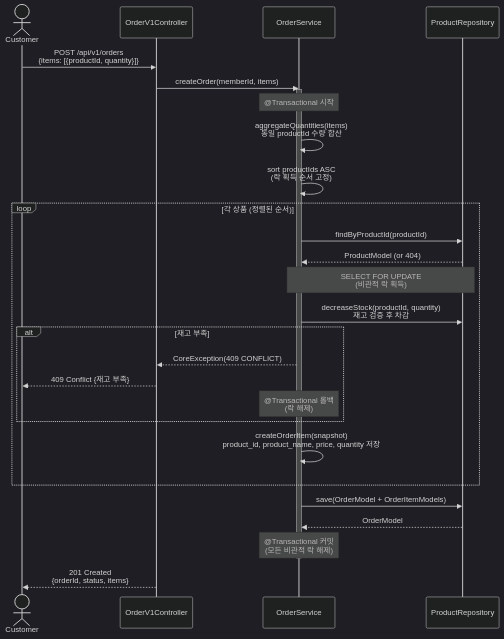
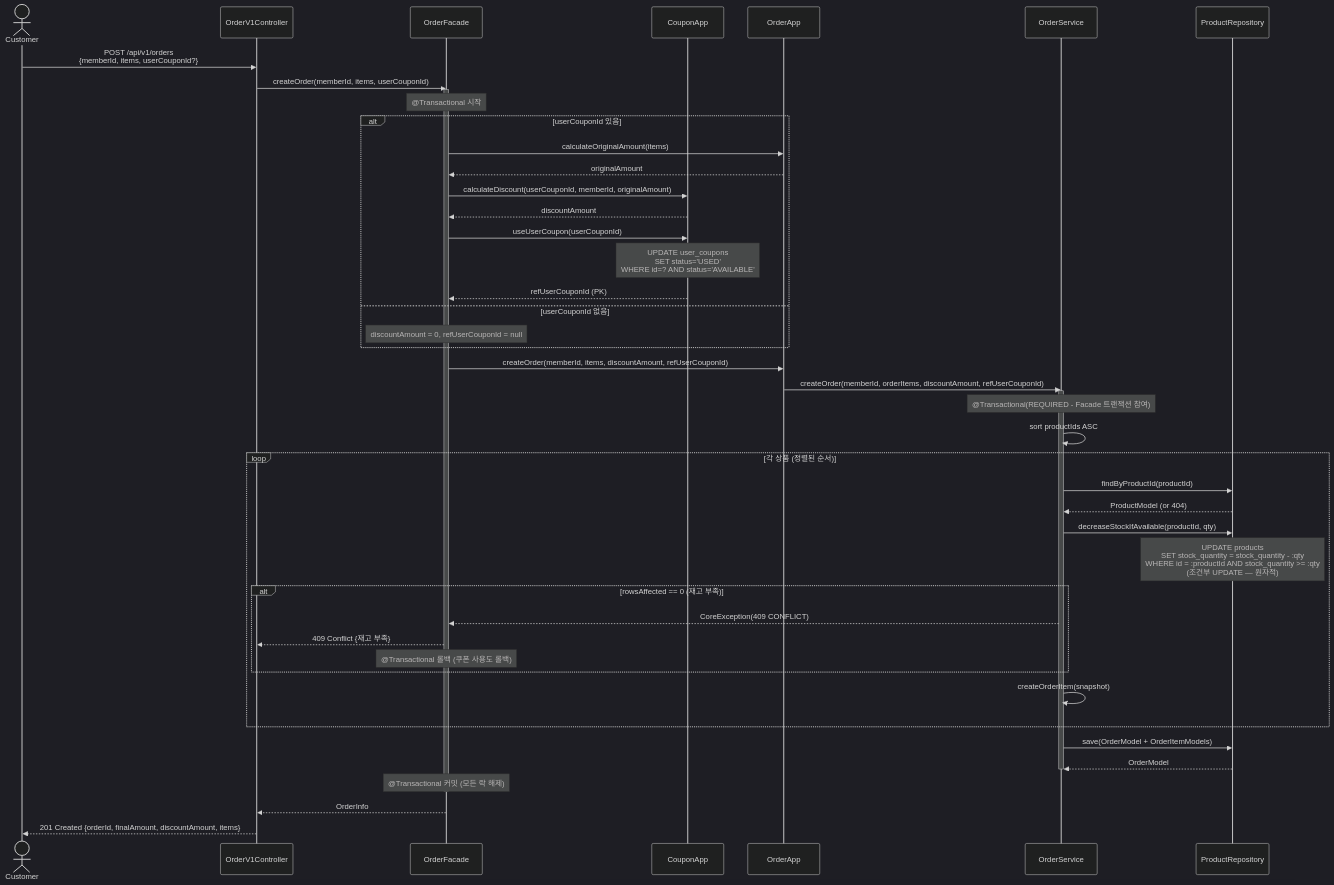
Before and after one commit to YoHanKi/loop-pack-be-l2-vol3-java: the first of 6 diagrams in docs/design/02-sequence-diagrams.md, drawn with Mermaid (dark theme). The commit also changed other lines of this file and 1 other file, not shown here.

First line of the commit message:
docs: 동시성 전략 반영한 시퀀스/클래스 다이어그램 업데이트

````diff
--- a/docs/design/02-sequence-diagrams.md
+++ b/docs/design/02-sequence-diagrams.md
@@ -32,45 +35,70 @@
 ```mermaid
 sequenceDiagram
     actor Customer
     participant Controller as OrderV1Controller
+    participant Facade as OrderFacade
+    participant CouponApp as CouponApp
+    participant OrderApp as OrderApp
     participant OrderService as OrderService
     participant ProductRepo as ProductRepository
 
-    Customer->>Controller: POST /api/v1/orders<br/>{items: [{productId, quantity}]}
-    Controller->>OrderService: createOrder(memberId, items)
+    Customer->>Controller: POST /api/v1/orders<br/>{memberId, items, userCouponId?}
+    Controller->>Facade: createOrder(memberId, items, userCouponId)
+
+    activate Facade
+    Note over Facade: @Transactional 시작
+
+    alt userCouponId 있음
+        %% 1. 원래 주문금액 계산 (재고 차감 전)
+        Facade->>OrderApp: calculateOriginalAmount(items)
+        OrderApp-->>Facade: originalAmount
+
+        %% 2. 할인 금액 계산 (소유권 + 상태 + 최소금액 검증)
+        Facade->>CouponApp: calculateDiscount(userCouponId, memberId, originalAmount)
+        CouponApp-->>Facade: discountAmount
+
+        %% 3. 쿠폰 사용 처리 (조건부 UPDATE → PK 반환)
+        Facade->>CouponApp: useUserCoupon(userCouponId)
+        Note over CouponApp: UPDATE user_coupons<br/>SET status='USED'<br/>WHERE id=? AND status='AVAILABLE'
+        CouponApp-->>Facade: refUserCouponId (PK)
+    else userCouponId 없음
+        Note over Facade: discountAmount = 0, refUserCouponId = null
+    end
+
+    %% 4. 주문 생성 (재고 차감 + 스냅샷 저장)
+    Facade->>OrderApp: createOrder(memberId, items, discountAmount, refUserCouponId)
+    OrderApp->>OrderService: createOrder(memberId, orderItems, discountAmount, refUserCouponId)
 
     activate OrderService
-    Note over OrderService: @Transactional 시작
+    Note over OrderService: @Transactional(REQUIRED - Facade 트랜잭션 참여)
 
-    %% 1. 중복 상품 합산
-    OrderService->>OrderService: aggregateQuantities(items)<br/>동일 productId 수량 합산
+    %% productId 오름차순 정렬 (데드락 방지)
+    OrderService->>OrderService: sort productIds ASC
 
-    %% 2. productId 오름차순 정렬 (데드락 방지)
-    OrderService->>OrderService: sort productIds ASC<br/>(락 획득 순서 고정)
-
-    %% 3. 상품 조회 + 비관적 락 + 재고 차감
     loop 각 상품 (정렬된 순서)
         OrderService->>ProductRepo: findByProductId(productId)
         ProductRepo-->>OrderService: ProductModel (or 404)
 
-        Note over OrderService,ProductRepo: SELECT FOR UPDATE<br/>(비관적 락 획득)
-        OrderService->>ProductRepo: decreaseStock(productId, quantity)<br/>재고 검증 후 차감
+        OrderService->>ProductRepo: decreaseStockIfAvailable(productId, qty)
+        Note over ProductRepo: UPDATE products<br/>SET stock_quantity = stock_quantity - :qty<br/>WHERE id = :productId AND stock_quantity >= :qty<br/>(조건부 UPDATE — 원자적)
 
-        alt 재고 부족
-            OrderService-->>Controller: CoreException(409 CONFLICT)
-            Controller-->>Customer: 409 Conflict {재고 부족}
-            Note over OrderService: @Transactional 롤백<br/>(락 해제)
+        alt rowsAffected == 0 (재고 부족)
+            OrderService-->>Facade: CoreException(409 CONFLICT)
+            Facade-->>Controller: 409 Conflict {재고 부족}
+            Note over Facade: @Transactional 롤백 (쿠폰 사용도 롤백)
         end
 
-        OrderService->>OrderService: createOrderItem(snapshot)<br/>product_id, product_name, price, quantity 저장
+        OrderService->>OrderService: createOrderItem(snapshot)
     end
 
-    %% 4. 주문 저장
     OrderService->>ProductRepo: save(OrderModel + OrderItemModels)
     ProductRepo-->>OrderService: OrderModel
 
-    Note over OrderService: @Transactional 커밋<br/>(모든 비관적 락 해제)
     deactivate OrderService
 
-    Controller-->>Customer: 201 Created<br/>{orderId, status, items}
+    Note over Facade: @Transactional 커밋 (모든 락 해제)
+    deactivate Facade
+
+    Facade-->>Controller: OrderInfo
+    Controller-->>Customer: 201 Created {orderId, finalAmount, discountAmount, items}
 ```
````
